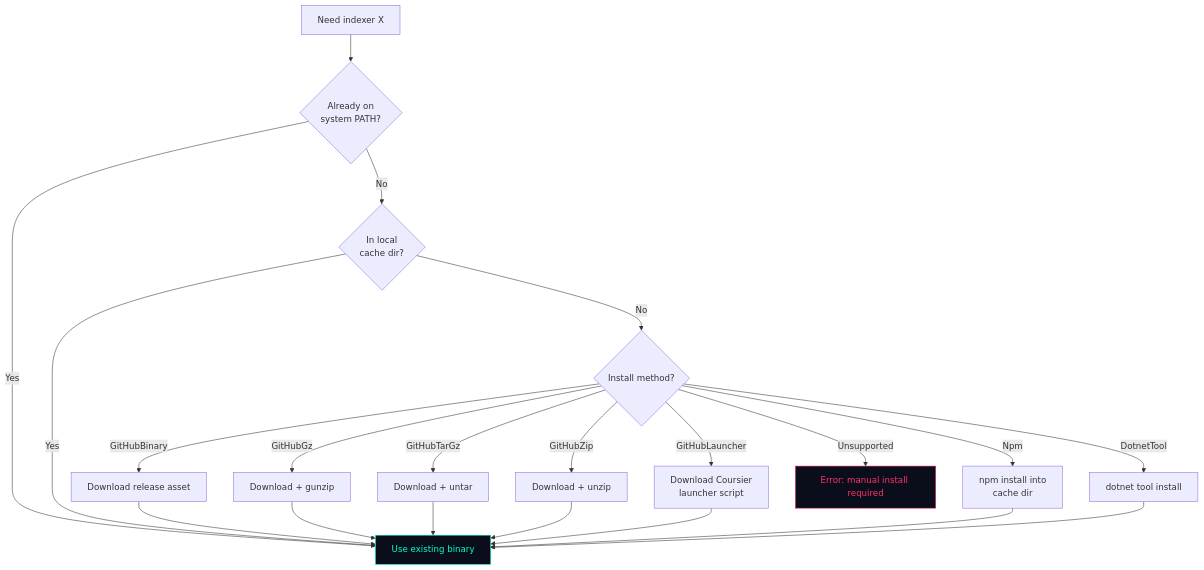
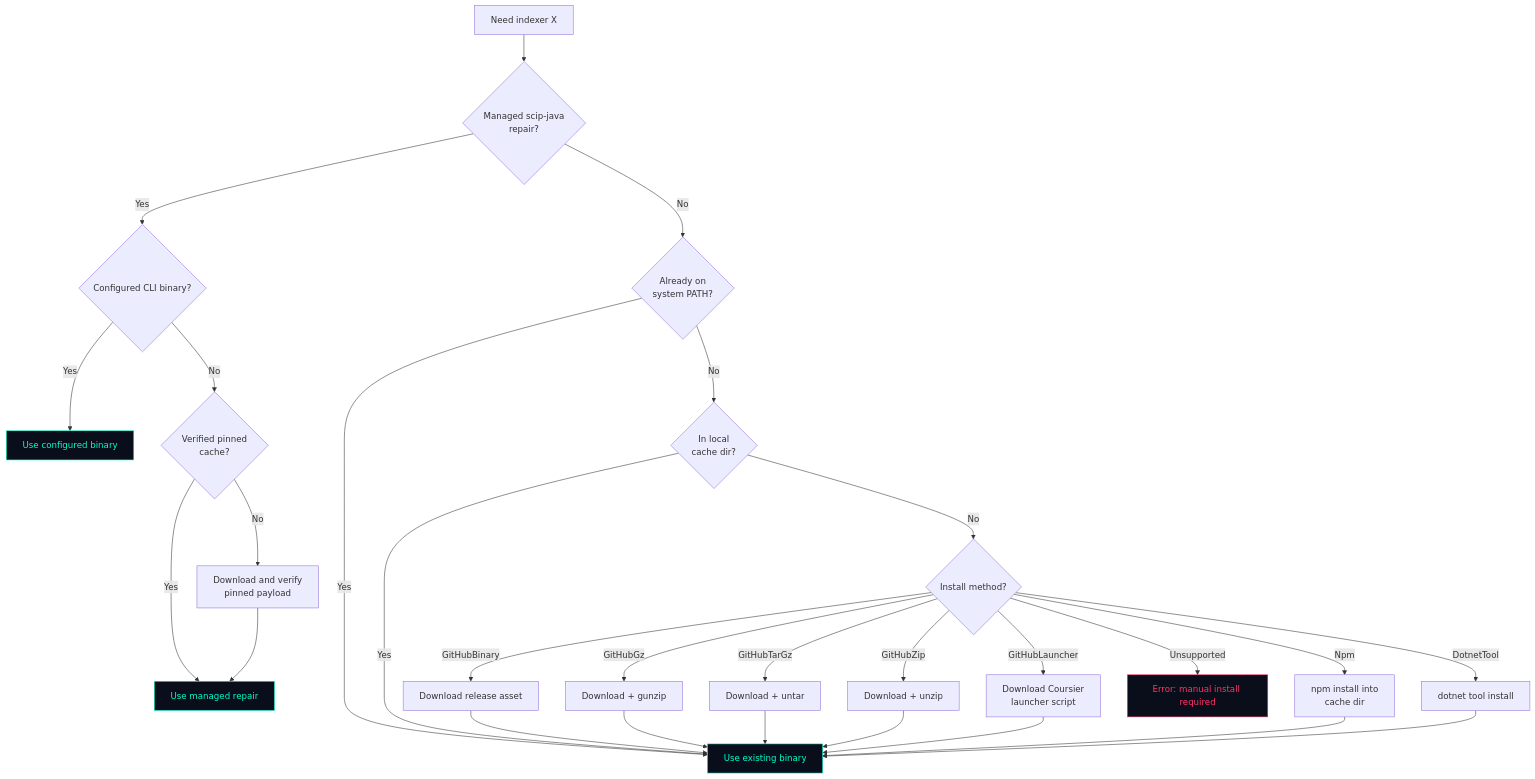
The third of 4 diagrams in README.md (GlitterKill/scip-io), drawn with Mermaid before and after one commit. The commit also changed other lines of this file and 17 other files, not shown here.

Commit message:
Release v0.2.1 with pinned scip-java path repair

````diff
--- a/README.md
+++ b/README.md
@@ -175,28 +184,37 @@
 ```mermaid
 flowchart TD
-    Need[Need indexer X] --> OnPath{Already on<br/>system PATH?}
+    Need[Need indexer X] --> Java{Managed scip-java<br/>repair?}
+    Java -- Yes --> Override{Configured CLI binary?}
+    Override -- Yes --> Config[Use configured binary]
+    Override -- No --> RepairCached{Verified pinned<br/>cache?}
+    RepairCached -- Yes --> RepairUse[Use managed repair]
+    RepairCached -- No --> RepairDownload[Download and verify<br/>pinned payload]
+    RepairDownload --> RepairUse
+    Java -- No --> OnPath{Already on<br/>system PATH?}
     OnPath -- Yes --> Use[Use existing binary]
     OnPath -- No --> Cached{In local<br/>cache dir?}
     Cached -- Yes --> Use
     Cached -- No --> Method{Install method?}
 
     Method -- GitHubBinary --> DL1[Download release asset]
     Method -- GitHubGz --> DL2[Download + gunzip]
     Method -- GitHubTarGz --> DL3[Download + untar]
     Method -- GitHubZip --> DL4[Download + unzip]
     Method -- GitHubLauncher --> DL5[Download Coursier<br/>launcher script]
     Method -- Npm --> DL6[npm install into<br/>cache dir]
     Method -- DotnetTool --> DL7[dotnet tool install]
     Method -- Unsupported --> Fail[Error: manual install required]
 
     DL1 --> Use
     DL2 --> Use
     DL3 --> Use
     DL4 --> Use
     DL5 --> Use
     DL6 --> Use
     DL7 --> Use
 
     style Use fill:#0a0e1b,stroke:#00ffcc,color:#00ffcc
+    style RepairUse fill:#0a0e1b,stroke:#00ffcc,color:#00ffcc
+    style Config fill:#0a0e1b,stroke:#00ffcc,color:#00ffcc
     style Fail fill:#0a0e1b,stroke:#ff3366,color:#ff3366
 ```
````
